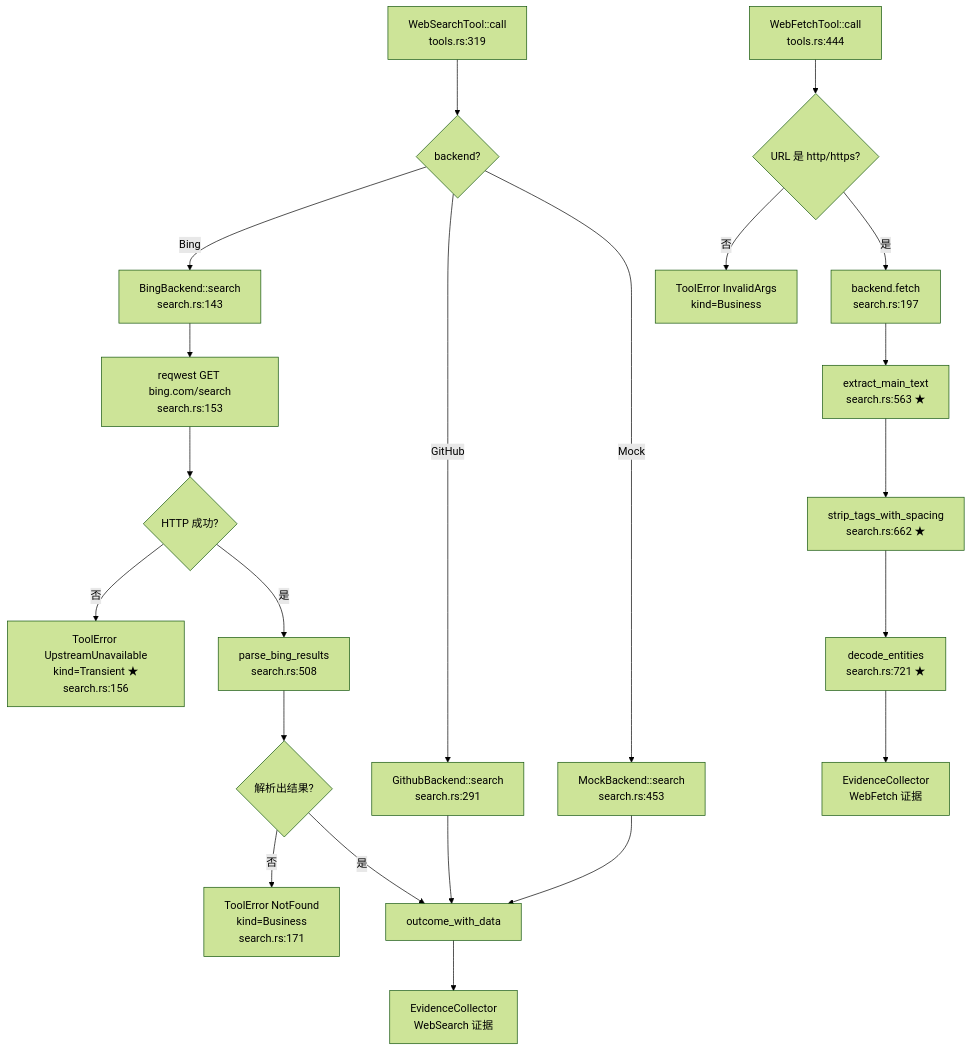
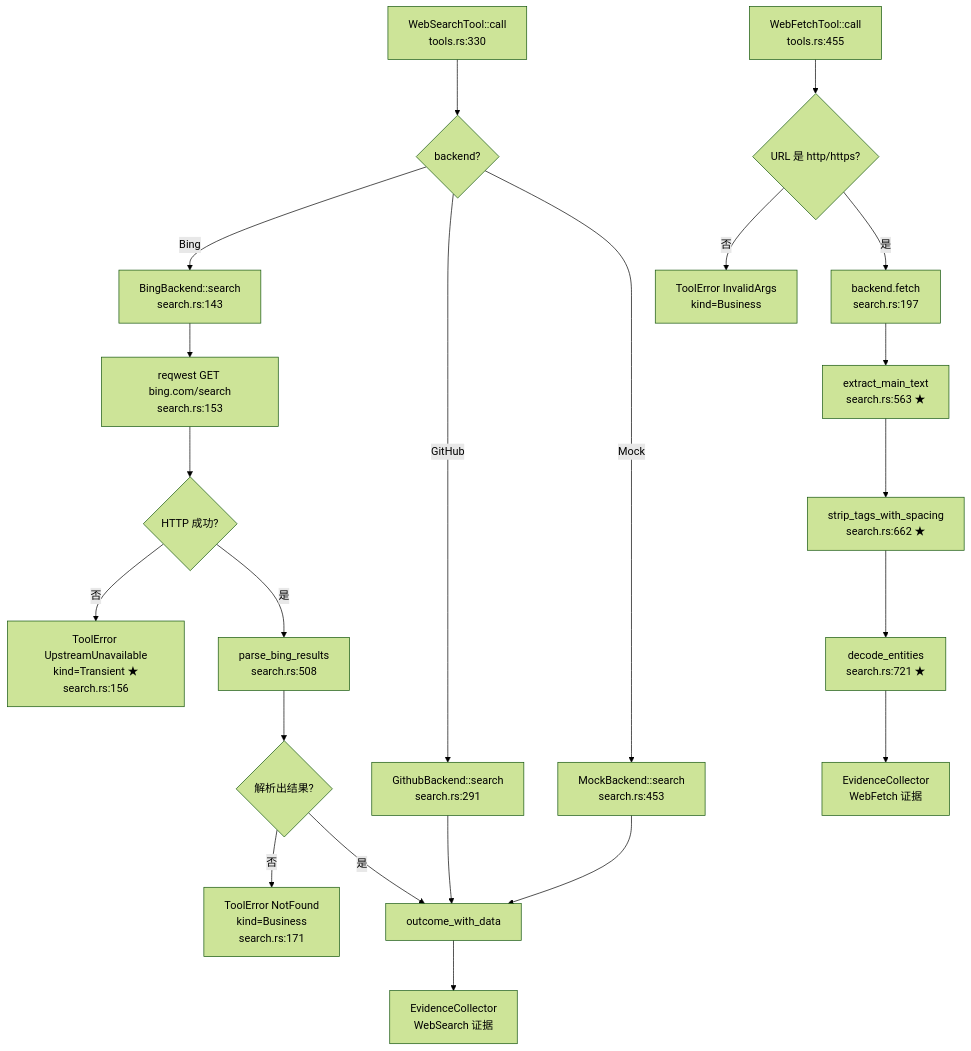
Before and after one commit to heheshang/agent-learn: the eighth of 10 diagrams in 19-agent-summary/README.md, drawn with Mermaid (forest theme). The commit also changed other lines of this file and 33 other files, not shown here.

````diff
--- a/19-agent-summary/README.md
+++ b/19-agent-summary/README.md
@@ -396,25 +396,25 @@
 ```mermaid
 graph TD
-    A["WebSearchTool::call<br/>tools.rs:319"] --> B{"backend?"}
+    A["WebSearchTool::call<br/>tools.rs:330"] --> B{"backend?"}
     B -->|"Bing"| C["BingBackend::search<br/>search.rs:143"]
     B -->|"GitHub"| D["GithubBackend::search<br/>search.rs:291"]
     B -->|"Mock"| E["MockBackend::search<br/>search.rs:453"]
     C --> F["reqwest GET bing.com/search<br/>search.rs:153"]
     F --> G{"HTTP 成功?"}
     G -->|"否"| H["ToolError UpstreamUnavailable<br/>kind=Transient ★<br/>search.rs:156"]
     G -->|"是"| I["parse_bing_results<br/>search.rs:508"]
     I --> J{"解析出结果?"}
     J -->|"否"| K["ToolError NotFound<br/>kind=Business<br/>search.rs:171"]
     J -->|"是"| L["outcome_with_data"]
     E --> L
     D --> L
     L --> M["EvidenceCollector<br/>WebSearch 证据"]
 
-    N["WebFetchTool::call<br/>tools.rs:444"] --> O{"URL 是 http/https?"}
+    N["WebFetchTool::call<br/>tools.rs:455"] --> O{"URL 是 http/https?"}
     O -->|"否"| P["ToolError InvalidArgs<br/>kind=Business"]
     O -->|"是"| Q["backend.fetch<br/>search.rs:197"]
     Q --> R["extract_main_text<br/>search.rs:563 ★"]
     R --> S["strip_tags_with_spacing<br/>search.rs:662 ★"]
     S --> T["decode_entities<br/>search.rs:721 ★"]
     T --> U["EvidenceCollector<br/>WebFetch 证据"]
 ```
````
